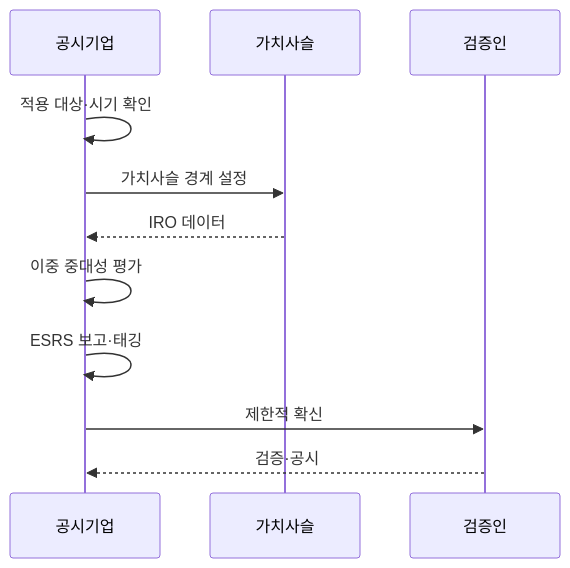
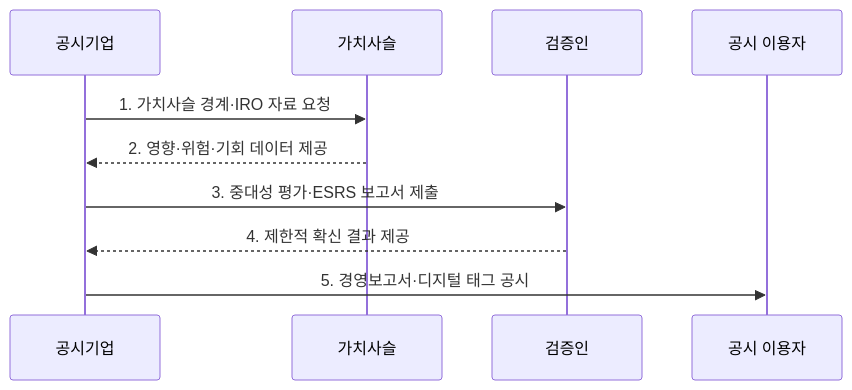
Before and after one commit to agnusdei1207/knowledge-base: the second of 2 diagrams in src/content/docs/notes/07-law-policy/036_eu_csrd.md, drawn with Mermaid. The commit also changed other lines of this file and 9 other files, not shown here.

````diff
--- a/src/content/docs/notes/07-law-policy/036_eu_csrd.md
+++ b/src/content/docs/notes/07-law-policy/036_eu_csrd.md
@@ -81,13 +78,12 @@
 ```mermaid
 sequenceDiagram
     participant E as 공시기업
     participant V as 가치사슬
     participant A as 검증인
-    E->>E: 적용 대상·시기 확인
-    E->>V: 가치사슬 경계 설정
-    V-->>E: IRO 데이터
-    E->>E: 이중 중대성 평가
-    E->>E: ESRS 보고·태깅
-    E->>A: 제한적 확신
-    A-->>E: 검증·공시
+    participant U as 공시 이용자
+    E->>V: 1. 가치사슬 경계·IRO 자료 요청
+    V-->>E: 2. 영향·위험·기회 데이터 제공
+    E->>A: 3. 중대성 평가·ESRS 보고서 제출
+    A-->>E: 4. 제한적 확신 결과 제공
+    E->>U: 5. 경영보고서·디지털 태그 공시
 ```
````
